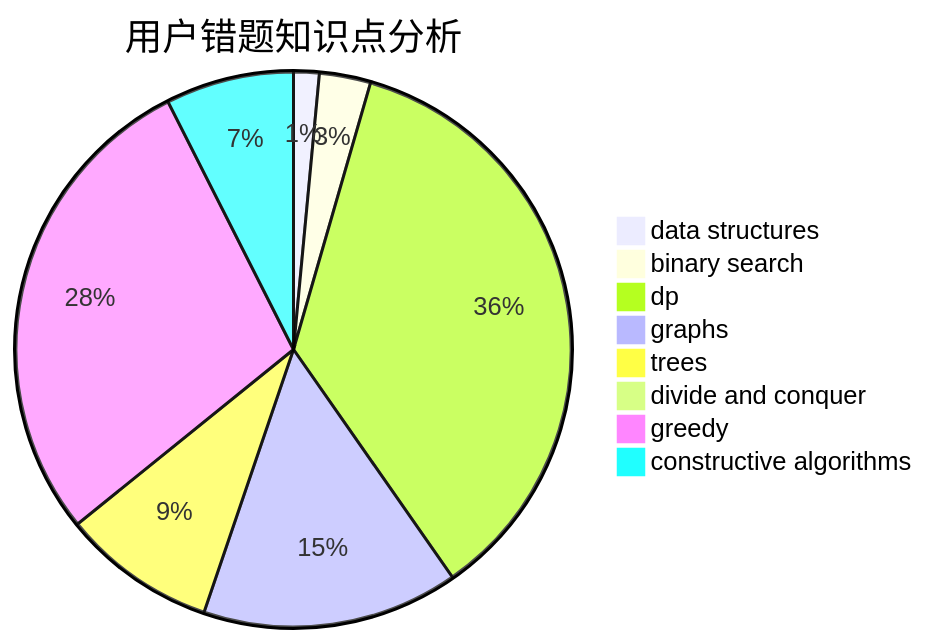
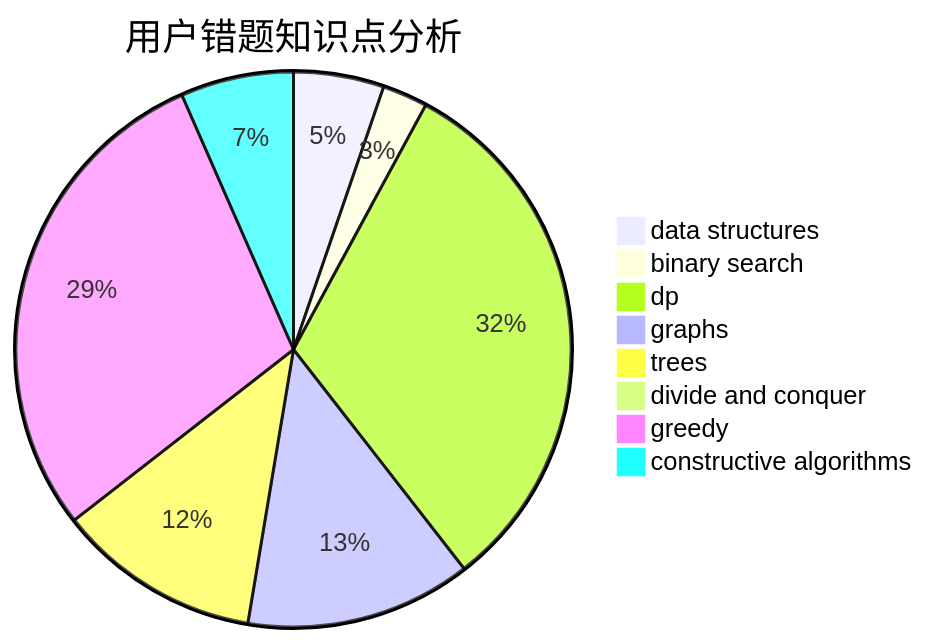
The third of 3 diagrams in docs/user/u590.md (sherpahu/cfrs.github.io), drawn with Mermaid before and after one commit. The commit also changed other lines of this file and 2770 other files, not shown here.

````diff
--- a/docs/user/u590.md
+++ b/docs/user/u590.md
@@ -36,11 +36,11 @@
 ```mermaid
 pie title 用户错题知识点分析
-    "data structures" :  1
+    "data structures" :  4
     "binary search" :  2
     "dp" :  24
     "graphs" :  10
-    "trees" :  6
+    "trees" :  9
     "divide and conquer" :  0
-    "greedy" :  19
+    "greedy" :  22
     "constructive algorithms" :  5
 ```
````
